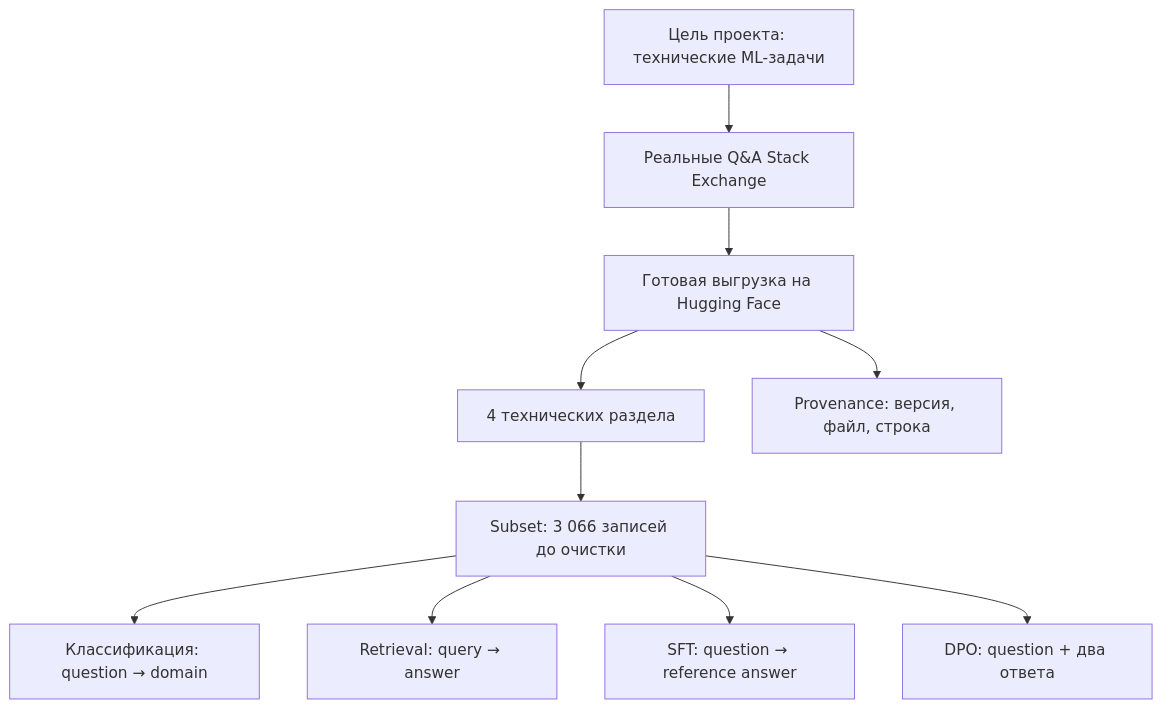
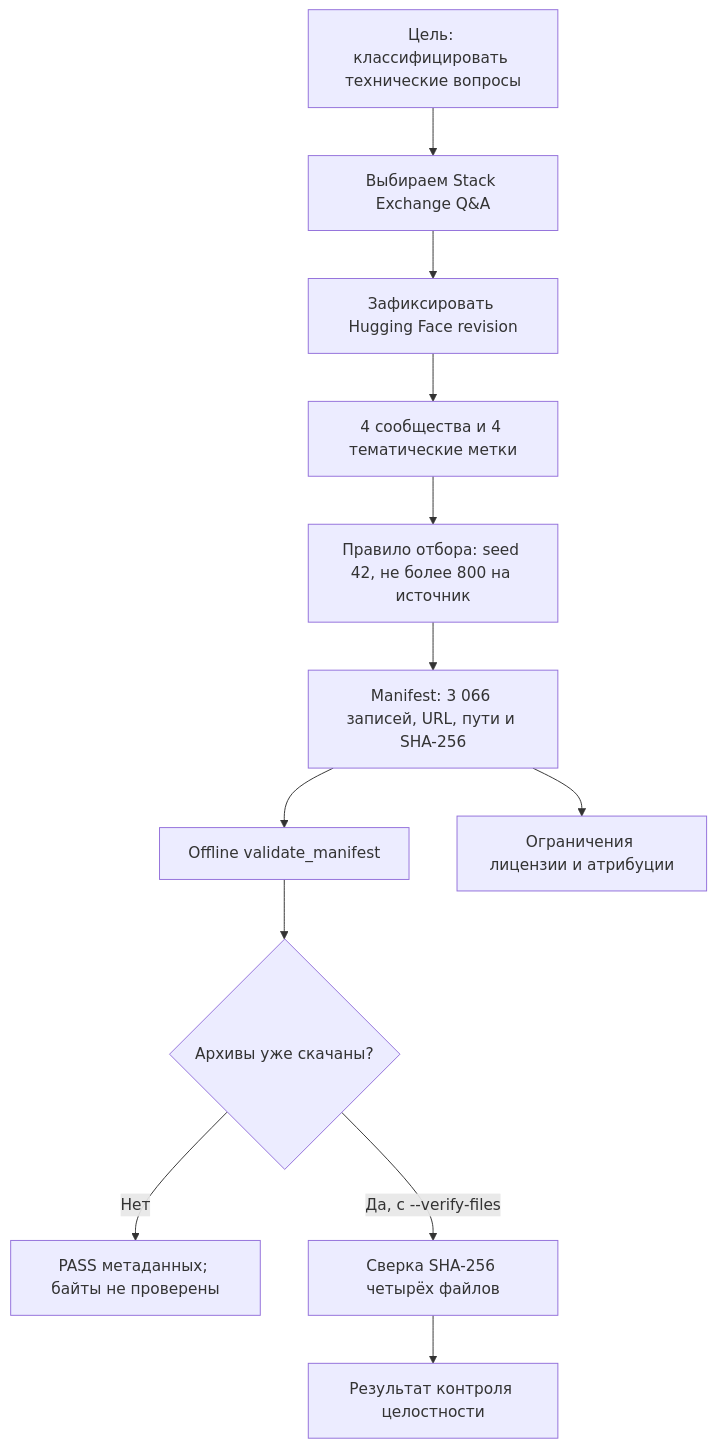
One commit to trasher88/ml-engineering-lab changed the diagram in docs/steps/F1_02_dataset_selection.md. Above: the diagram before and after it, drawn with Mermaid. The commit also changed other lines of this file and 8 other files, not shown here.

````diff
--- a/docs/steps/F1_02_dataset_selection.md
+++ b/docs/steps/F1_02_dataset_selection.md
@@ -44,12 +176,14 @@
 ```mermaid
 flowchart TD
-    A["Цель проекта: технические ML-задачи"] --> B["Реальные Q&A Stack Exchange"]
-    B --> C["Готовая выгрузка на Hugging Face"]
-    C --> D["4 технических раздела"]
-    D --> E["Subset: 3 066 записей до очистки"]
-    E --> F["Классификация: question → domain"]
-    E --> G["Retrieval: query → answer"]
-    E --> H["SFT: question → reference answer"]
-    E --> I["DPO: question + два ответа"]
-    C --> J["Provenance: версия, файл, строка"]
+    A["Цель: классифицировать технические вопросы"] --> B["Выбираем Stack Exchange Q&A"]
+    B --> C["Зафиксировать Hugging Face revision"]
+    C --> D["4 сообщества и 4 тематические метки"]
+    D --> E["Правило отбора: seed 42, не более 800 на источник"]
+    E --> F["Manifest: 3 066 записей, URL, пути и SHA-256"]
+    F --> G["Offline validate_manifest"]
+    G --> H{"Архивы уже скачаны?"}
+    H -->|Нет| I["PASS метаданных; байты не проверены"]
+    H -->|Да, с --verify-files| J["Сверка SHA-256 четырёх файлов"]
+    J --> K["Результат контроля целостности"]
+    F --> L["Ограничения лицензии и атрибуции"]
 ```
````
